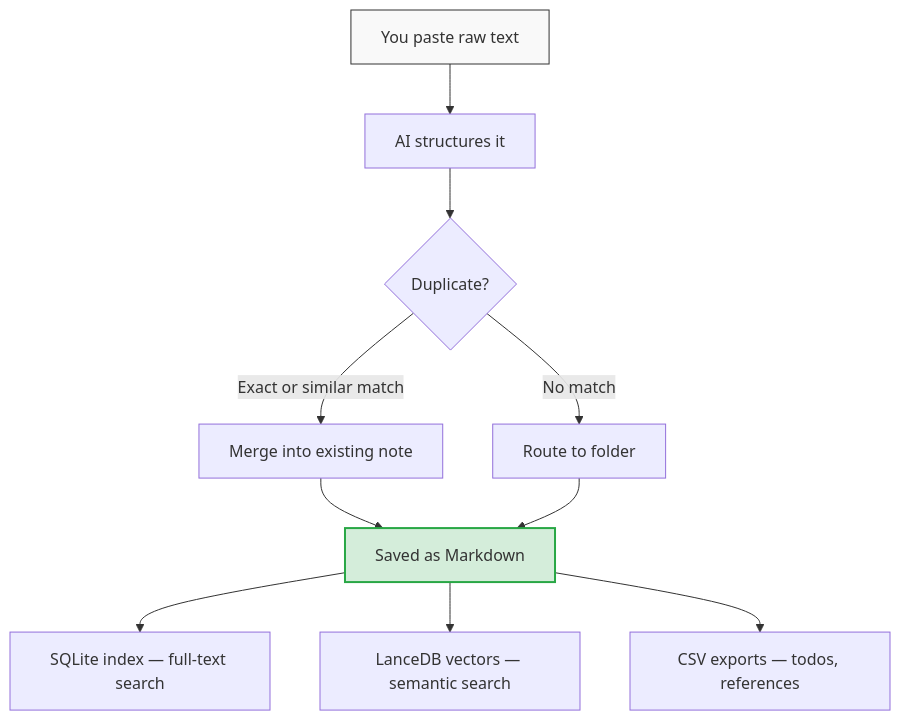
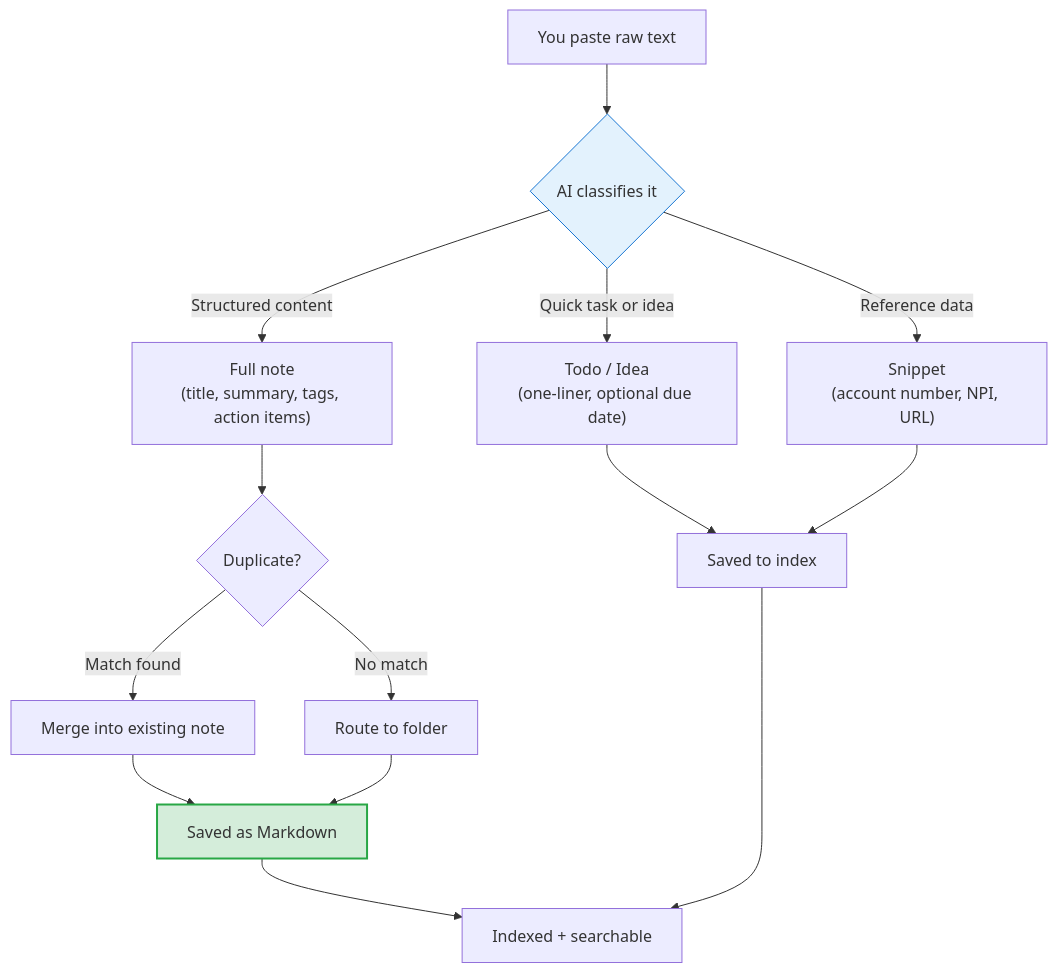
Before and after one commit to chloeliu/notely: the first of 2 diagrams in README.md, drawn with Mermaid. The commit also changed other lines of this file and 1 other file, not shown here.

Commit message:
Fix Mermaid charts and add classification + secret masking docs
- Fix Data Architecture chart: em dash broke Mermaid parser,
  \n needs to be <br/> for GitHub renderer
- Fix ARCHITECTURE.md Mermaid charts: same \n -> <br/> fix
- Add three-way classification to How It Works flowchart
  (note vs todo vs snippet)
- Expand secret masking docs with before/after example
- Add smart classification as a key feature

````diff
--- a/README.md
+++ b/README.md
@@ -121,15 +121,19 @@
 ```mermaid
 flowchart TD
-    A["You paste raw text"] --> B["AI structures it"]
-    B --> C{"Duplicate?"}
-    C -->|"Exact or similar match"| D["Merge into existing note"]
-    C -->|"No match"| E["Route to folder"]
-    D --> F["Saved as Markdown"]
-    E --> F
-    F --> G["SQLite index — full-text search"]
-    F --> H["LanceDB vectors — semantic search"]
-    F --> I["CSV exports — todos, references"]
+    A["You paste raw text"] --> B{"AI classifies it"}
+    B -->|"Structured content"| C["Full note<br/>(title, summary, tags, action items)"]
+    B -->|"Quick task or idea"| D["Todo / Idea<br/>(one-liner, optional due date)"]
+    B -->|"Reference data"| E["Snippet<br/>(account number, NPI, URL)"]
+    C --> F{"Duplicate?"}
+    F -->|"Match found"| G["Merge into existing note"]
+    F -->|"No match"| H["Route to folder"]
+    G --> I["Saved as Markdown"]
+    H --> I
+    D --> J["Saved to index"]
+    E --> J
+    I --> K["Indexed + searchable"]
+    J --> K
 
-    style A fill:#f9f9f9,stroke:#333
-    style F fill:#d4edda,stroke:#28a745,stroke-width:2px
+    style B fill:#e3f2fd,stroke:#1976d2
+    style I fill:#d4edda,stroke:#28a745,stroke-width:2px
 ```
````
